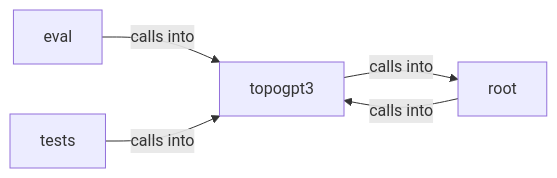
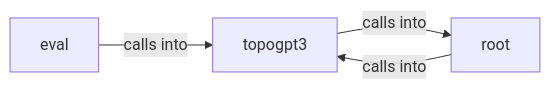
One commit to grisuno/TopoGPT3 changed the diagram in readmenator-diagrams/topogpt3_model.md. Above: the diagram before and after it, drawn with Mermaid. The commit also changed other lines of this file and 185 other files, not shown here.

````diff
--- a/readmenator-diagrams/topogpt3_model.md
+++ b/readmenator-diagrams/topogpt3_model.md
@@ -5,11 +5,9 @@
 ```mermaid
 graph LR
     eval["eval"]
     root["root"]
-    tests["tests"]
     topogpt3["topogpt3"]
     eval -- "calls into" --> topogpt3
     root -- "calls into" --> topogpt3
-    tests -- "calls into" --> topogpt3
     topogpt3 -- "calls into" --> root
 ```
````
